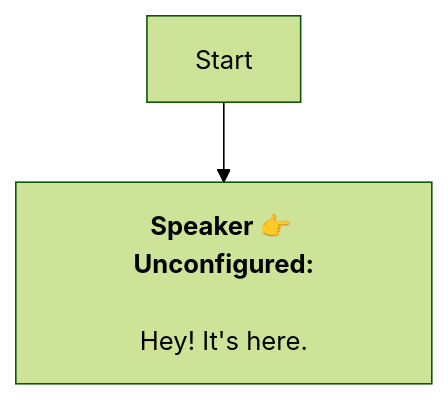
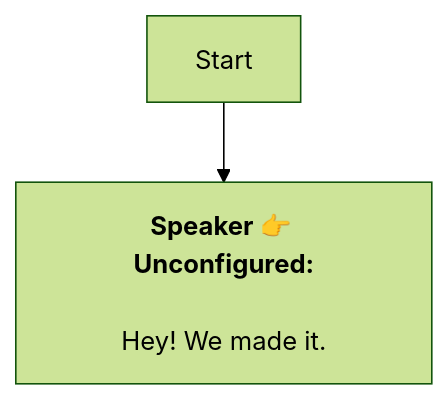
One commit to SoftHu/tos_avg changed the diagram in En/QuestApproachDialogNode_1741457553974527.md. Above: the diagram before and after it, drawn with Mermaid (forest theme). The commit also changed 297 other files, not shown here.

````diff
--- a/En/QuestApproachDialogNode_1741457553974527.md
+++ b/En/QuestApproachDialogNode_1741457553974527.md
@@ -1,7 +1,7 @@
 ```mermaid
 graph
 Start -->1741457612841218[<b>Speaker 👉 Unconfigured:</b>
 
-Hey! It's here.]
+Hey! We made it.]
 
  ```
````
